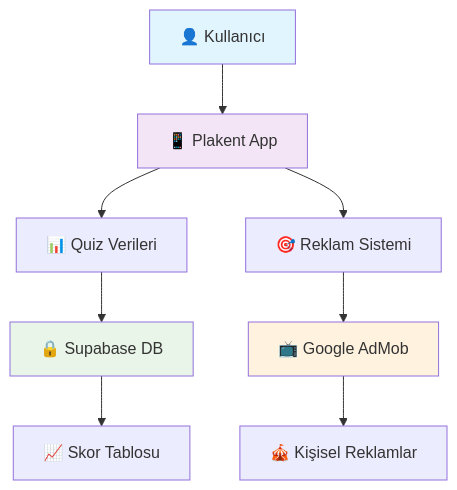
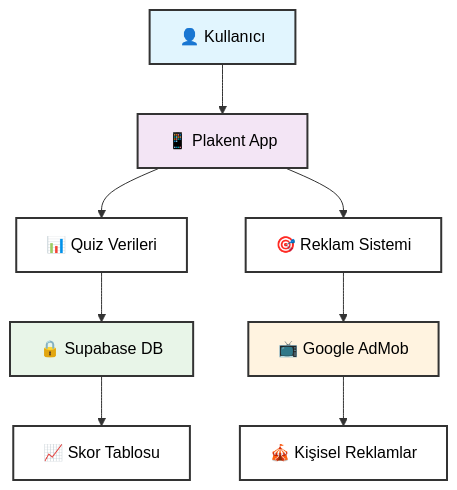
The diagram in README.md (muharremosmantopakkaya/PlakentPrivacy), drawn with Mermaid before and after one commit.

Commit message:
Veri Haritası Düzeltme

````diff
--- a/README.md
+++ b/README.md
@@ -56,15 +56,19 @@
 ```mermaid
 graph TD
     A[👤 Kullanıcı] --> B[📱 Plakent App]
     B --> C[📊 Quiz Verileri]
     B --> D[🎯 Reklam Sistemi]
     C --> E[🔒 Supabase DB]
     D --> F[📺 Google AdMob]
     E --> G[📈 Skor Tablosu]
     F --> H[🎪 Kişisel Reklamlar]
     
-    style A fill:#e1f5fe
-    style B fill:#f3e5f5
-    style E fill:#e8f5e8
-    style F fill:#fff3e0
+    style A fill:#e1f5fe,stroke:#333,stroke-width:2px,color:#000
+    style B fill:#f3e5f5,stroke:#333,stroke-width:2px,color:#000
+    style C fill:#fff,stroke:#333,stroke-width:2px,color:#000
+    style D fill:#fff,stroke:#333,stroke-width:2px,color:#000
+    style E fill:#e8f5e8,stroke:#333,stroke-width:2px,color:#000
+    style F fill:#fff3e0,stroke:#333,stroke-width:2px,color:#000
+    style G fill:#fff,stroke:#333,stroke-width:2px,color:#000
+    style H fill:#fff,stroke:#333,stroke-width:2px,color:#000
 ```
````
